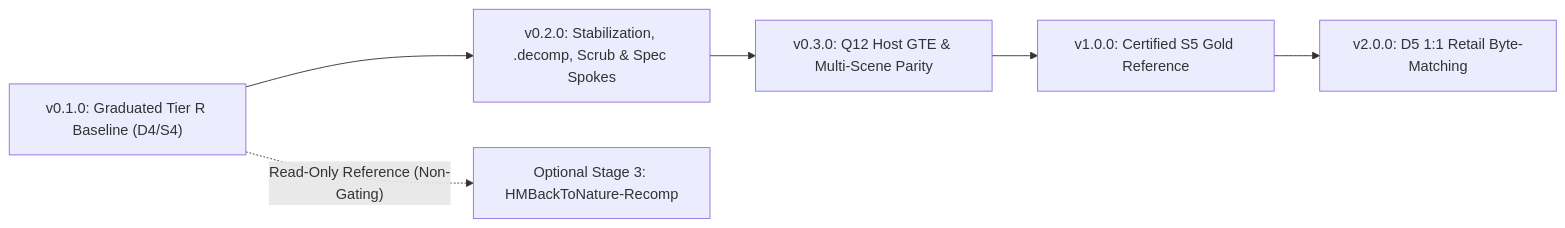
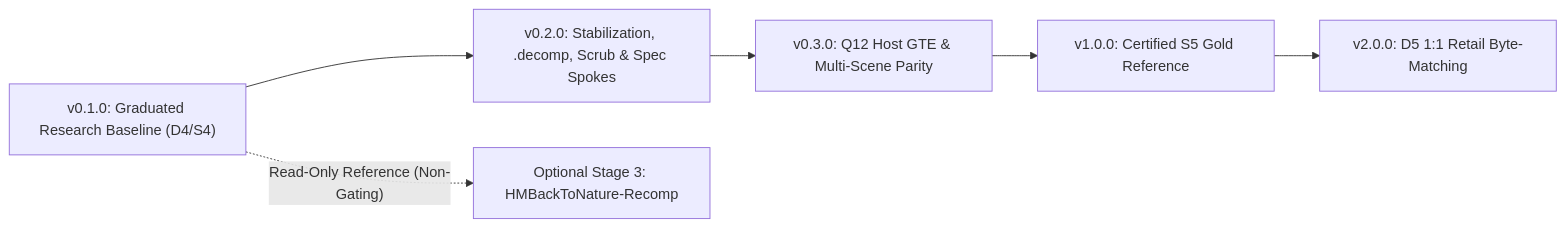
The diagram in ROADMAP.md (StreamResearch/HarvestMoonBackToNature-PlayStation), drawn with Mermaid before and after one commit. The commit also changed other lines of this file and 24 other files, not shown here.

````diff
--- a/ROADMAP.md
+++ b/ROADMAP.md
@@ -15,8 +15,8 @@
 ```mermaid
 flowchart LR
-    V010["v0.1.0: Graduated Tier R Baseline (D4/S4)"] --> V020["v0.2.0: Stabilization, .decomp, Scrub & Spec Spokes"]
+    V010["v0.1.0: Graduated Research Baseline (D4/S4)"] --> V020["v0.2.0: Stabilization, .decomp, Scrub & Spec Spokes"]
     V020 --> V030["v0.3.0: Q12 Host GTE & Multi-Scene Parity"]
     V030 --> V100["v1.0.0: Certified S5 Gold Reference"]
     V100 --> V200["v2.0.0: D5 1:1 Retail Byte-Matching"]
     V010 -. "Read-Only Reference (Non-Gating)" .-> OptR["Optional Stage 3: HMBackToNature-Recomp"]
 ```
````
